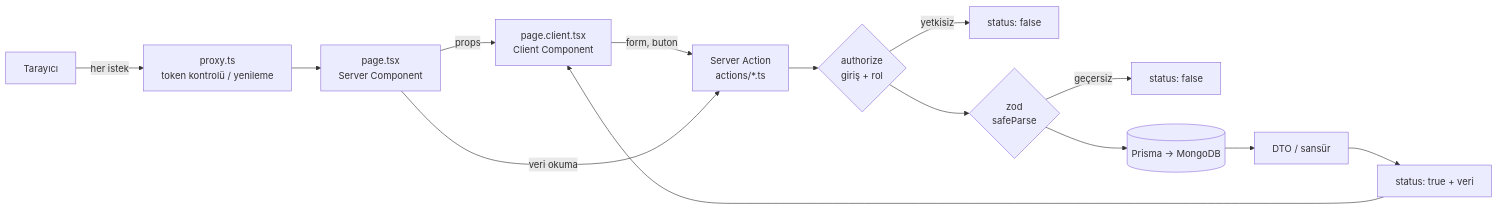
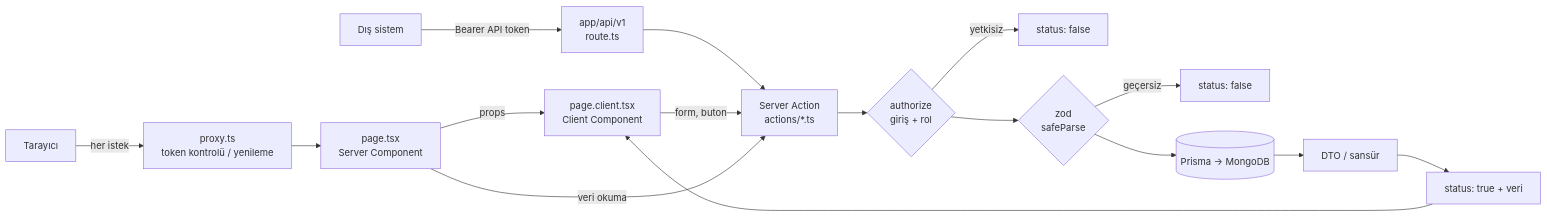
One commit to FlyingTurkman/crm-demo changed the first of 4 diagrams in README.md. Above: the diagram before and after it, drawn with Mermaid. The commit also changed other lines of this file and 41 other files, not shown here.

````diff
--- a/README.md
+++ b/README.md
@@ -67,16 +74,18 @@
 ```mermaid
 flowchart LR
     B[Tarayıcı] -->|her istek| P[proxy.ts<br/>token kontrolü / yenileme]
+    X[Dış sistem] -->|Bearer API token| API[app/api/v1<br/>route.ts]
+    API --> A
     P --> S[page.tsx<br/>Server Component]
     S -->|props| C[page.client.tsx<br/>Client Component]
     C -->|form, buton| A
     S -->|veri okuma| A[Server Action<br/>actions/*.ts]
     A --> Z{authorize<br/>giriş + rol}
     Z -->|yetkisiz| R1[status: false]
     Z --> V{zod<br/>safeParse}
     V -->|geçersiz| R2[status: false]
     V --> DB[(Prisma → MongoDB)]
     DB --> D[DTO / sansür]
     D --> R3["status: true + veri"]
     R3 --> C
 ```
````
